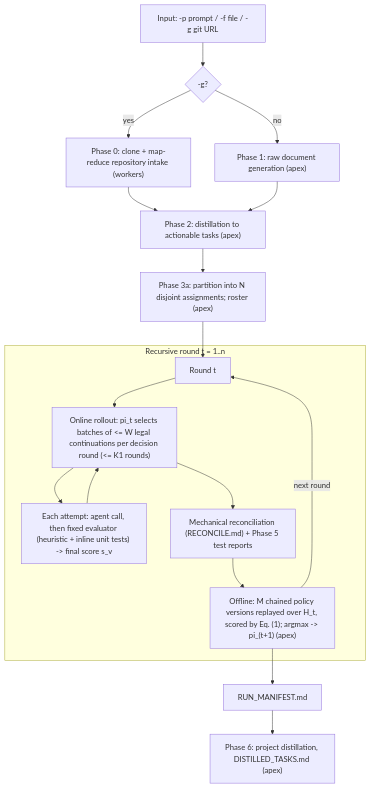
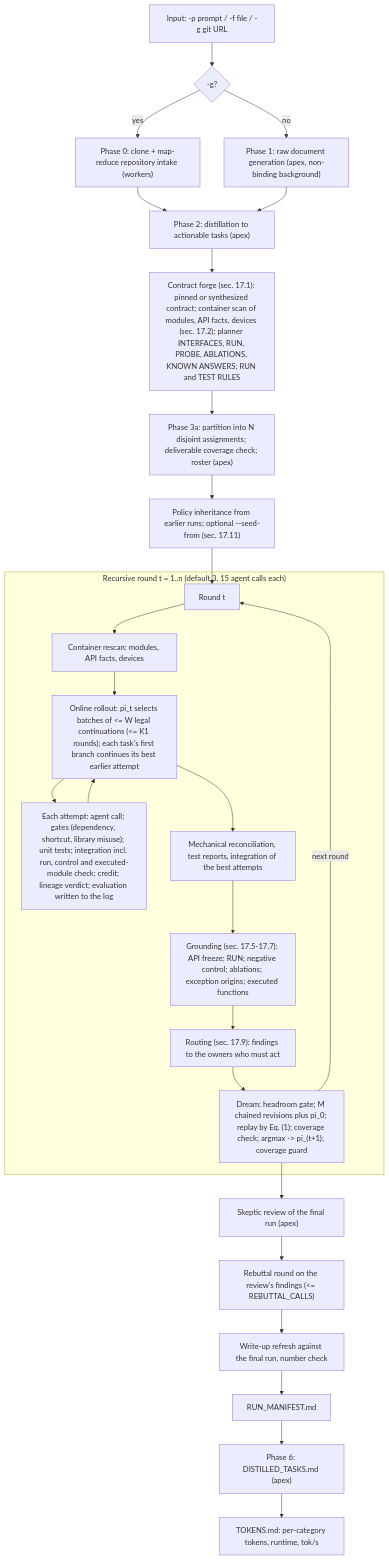
Before and after one commit to twobombs/thereminq-autoresearch: the diagram in HOWTO-autoresearch-rsi-onefile.md, drawn with Mermaid. The commit also changed other lines of this file and 1 other file, not shown here.

````diff
--- a/HOWTO-autoresearch-rsi-onefile.md
+++ b/HOWTO-autoresearch-rsi-onefile.md
@@ -124,20 +141,29 @@
 ```mermaid
 flowchart TD
     A["Input: -p prompt / -f file / -g git URL"] --> B{"-g?"}
     B -- yes --> P0["Phase 0: clone + map-reduce repository intake (workers)"]
-    B -- no --> P1["Phase 1: raw document generation (apex)"]
+    B -- no --> P1["Phase 1: raw document generation (apex, non-binding background)"]
     P0 --> P2["Phase 2: distillation to actionable tasks (apex)"]
     P1 --> P2
-    P2 --> P3a["Phase 3a: partition into N disjoint assignments; roster (apex)"]
-    P3a --> R["Round t"]
-    subgraph Round["Recursive round t = 1..n"]
-      R --> ON["Online rollout: pi_t selects batches of <= W legal continuations per decision round (<= K1 rounds)"]
-      ON --> EV["Each attempt: agent call, then fixed evaluator (heuristic + inline unit tests) -> final score s_v"]
+    P2 --> CF["Contract forge (sec. 17.1): pinned or synthesized contract; container scan of modules, API facts, devices (sec. 17.2); planner INTERFACES, RUN, PROBE, ABLATIONS, KNOWN ANSWERS; RUN and TEST RULES"]
+    CF --> P3a["Phase 3a: partition into N disjoint assignments; deliverable coverage check; roster (apex)"]
+    P3a --> INH["Policy inheritance from earlier runs; optional --seed-from (sec. 17.11)"]
+    INH --> R["Round t"]
+    subgraph Round["Recursive round t = 1..n (default 3, 15 agent calls each)"]
+      R --> ENV["Container rescan: modules, API facts, devices"]
+      ENV --> ON["Online rollout: pi_t selects batches of <= W legal continuations (<= K1 rounds); each task's first branch continues its best earlier attempt"]
+      ON --> EV["Each attempt: agent call; gates (dependency, shortcut, library misuse); unit tests; integration incl. run, control and executed-module check; credit; lineage verdict; evaluation written to the log"]
       EV --> ON
-      ON --> RC["Mechanical reconciliation (RECONCILE.md) + Phase 5 test reports"]
-      RC --> DR["Offline: M chained policy versions replayed over H_t, scored by Eq. (1); argmax -> pi_(t+1) (apex)"]
+      ON --> RC["Mechanical reconciliation, test reports, integration of the best attempts"]
+      RC --> GR["Grounding (sec. 17.5-17.7): API freeze; RUN; negative control; ablations; exception origins; executed functions"]
+      GR --> RT["Routing (sec. 17.9): findings to the owners who must act"]
+      RT --> DR["Dream: headroom gate; M chained revisions plus pi_0; replay by Eq. (1); coverage check; argmax -> pi_(t+1); coverage guard"]
     end
     DR -->|next round| R
-    DR --> MF["RUN_MANIFEST.md"]
-    MF --> P6["Phase 6: project distillation, DISTILLED_TASKS.md (apex)"]
+    DR --> SR["Skeptic review of the final run (apex)"]
+    SR --> RB["Rebuttal round on the review's findings (<= REBUTTAL_CALLS)"]
+    RB --> WU["Write-up refresh against the final run, number check"]
+    WU --> MF["RUN_MANIFEST.md"]
+    MF --> P6["Phase 6: DISTILLED_TASKS.md (apex)"]
+    P6 --> TK["TOKENS.md: per-category tokens, runtime, tok/s"]
 ```
````
